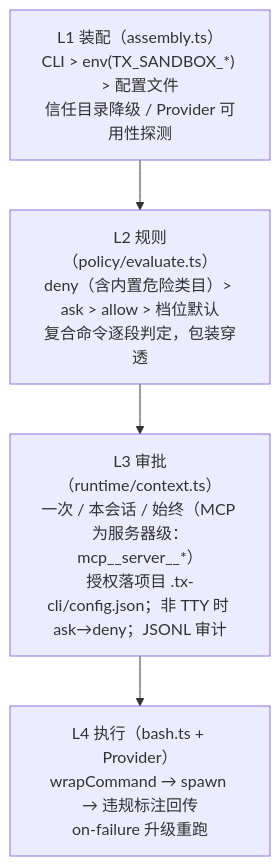
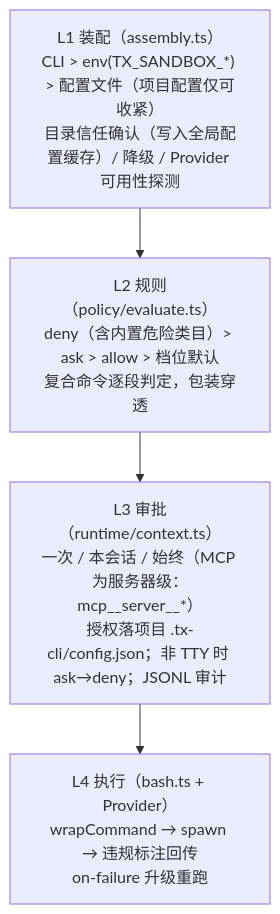
Before and after one commit to tanyueran/tx-cli: the third of 3 diagrams in ARCHITECTURE.md, drawn with Mermaid. The commit also changed other lines of this file and 5 other files, not shown here.

````diff
--- a/ARCHITECTURE.md
+++ b/ARCHITECTURE.md
@@ -190,8 +190,8 @@
 ```mermaid
 flowchart TD
-    L1["L1 装配（assembly.ts）<br/>CLI > env(TX_SANDBOX_*) > 配置文件<br/>信任目录降级 / Provider 可用性探测"]
+    L1["L1 装配（assembly.ts）<br/>CLI > env(TX_SANDBOX_*) > 配置文件（项目配置仅可收紧）<br/>目录信任确认（写入全局配置缓存）/ 降级 / Provider 可用性探测"]
     L2["L2 规则（policy/evaluate.ts）<br/>deny（含内置危险类目）> ask > allow > 档位默认<br/>复合命令逐段判定，包装穿透"]
     L3["L3 审批（runtime/context.ts）<br/>一次 / 本会话 / 始终（MCP 为服务器级：mcp__server__*）<br/>授权落项目 .tx-cli/config.json；非 TTY 时 ask→deny；JSONL 审计"]
     L4["L4 执行（bash.ts + Provider）<br/>wrapCommand → spawn → 违规标注回传<br/>on-failure 升级重跑"]
     L1 --> L2 --> L3 --> L4
 ```
````
